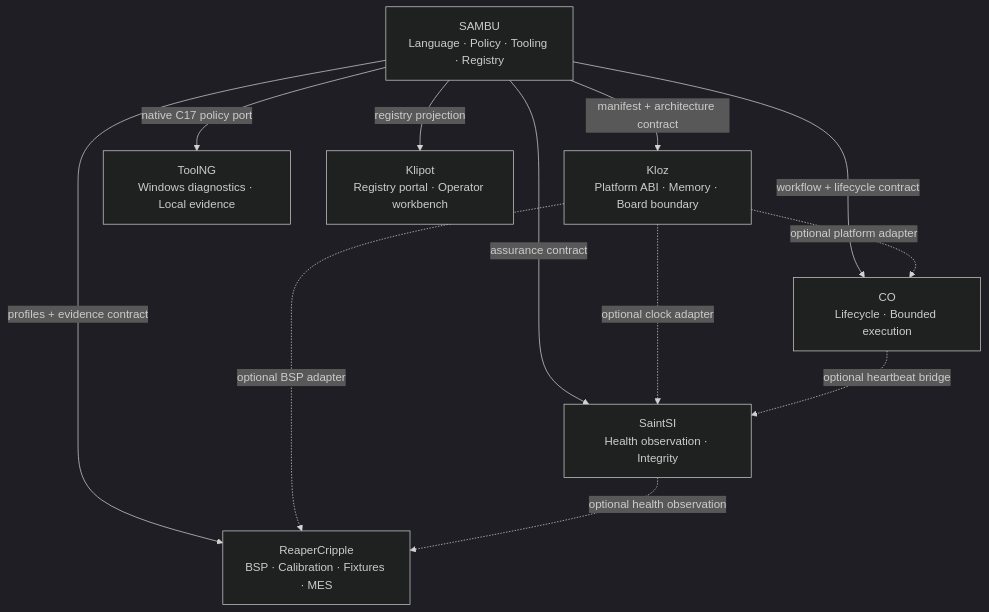
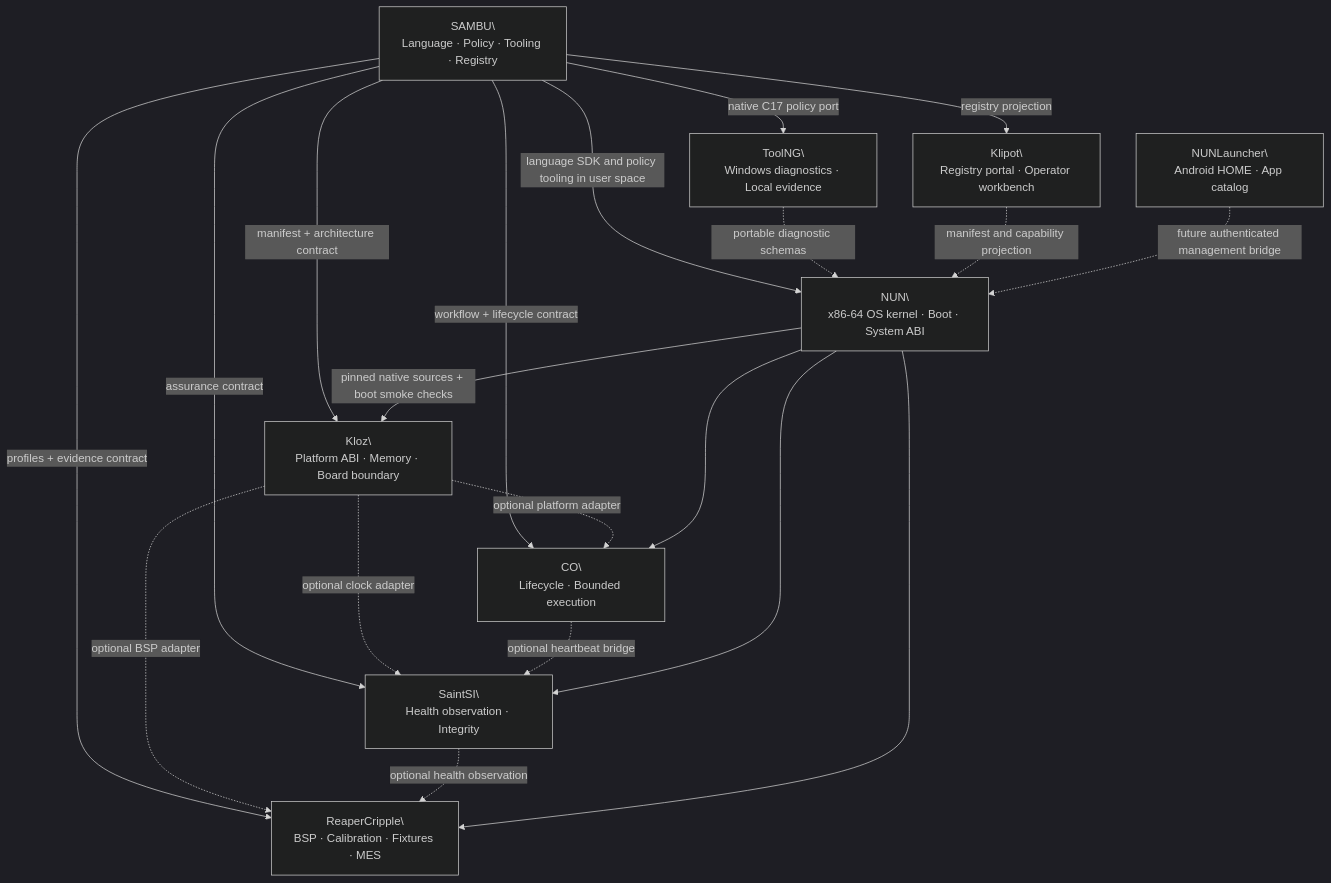
Before and after one commit to bboroski/SAMBU: the diagram in docs/ECOSYSTEM_ARCHITECTURE.md, drawn with Mermaid (dark theme). The commit also changed other lines of this file and 4 other files, not shown here.

Commit message:
Register NUN and NUNLauncher as independent platform modules

````diff
--- a/docs/ECOSYSTEM_ARCHITECTURE.md
+++ b/docs/ECOSYSTEM_ARCHITECTURE.md
@@ -17,22 +17,32 @@
 ```mermaid
 flowchart TB
-    SAMBU["SAMBU\nLanguage · Policy · Tooling · Registry"]
-    KLOZ["Kloz\nPlatform ABI · Memory · Board boundary"]
-    CO["CO\nLifecycle · Bounded execution"]
-    SAINT["SaintSI\nHealth observation · Integrity"]
-    REAPER["ReaperCripple\nBSP · Calibration · Fixtures · MES"]
-    TOOL["ToolNG\nWindows diagnostics · Local evidence"]
-    KLIPOT["Klipot\nRegistry portal · Operator workbench"]
+    SAMBU["SAMBU\\nLanguage · Policy · Tooling · Registry"]
+    KLOZ["Kloz\\nPlatform ABI · Memory · Board boundary"]
+    CO["CO\\nLifecycle · Bounded execution"]
+    SAINT["SaintSI\\nHealth observation · Integrity"]
+    REAPER["ReaperCripple\\nBSP · Calibration · Fixtures · MES"]
+    TOOL["ToolNG\\nWindows diagnostics · Local evidence"]
+    KLIPOT["Klipot\\nRegistry portal · Operator workbench"]
+    NUN["NUN\\nx86-64 OS kernel · Boot · System ABI"]
+    NUNL["NUNLauncher\\nAndroid HOME · App catalog"]
 
     SAMBU -->|"manifest + architecture contract"| KLOZ
     SAMBU -->|"workflow + lifecycle contract"| CO
     SAMBU -->|"assurance contract"| SAINT
     SAMBU -->|"profiles + evidence contract"| REAPER
     SAMBU -->|"native C17 policy port"| TOOL
     SAMBU -->|"registry projection"| KLIPOT
     KLOZ -. "optional platform adapter" .-> CO
     KLOZ -. "optional clock adapter" .-> SAINT
     KLOZ -. "optional BSP adapter" .-> REAPER
     CO -. "optional heartbeat bridge" .-> SAINT
     SAINT -. "optional health observation" .-> REAPER
+    NUN -->|"pinned native sources + boot smoke checks"| KLOZ
+    NUN --> CO
+    NUN --> SAINT
+    NUN --> REAPER
+    SAMBU -->|"language SDK and policy tooling in user space"| NUN
+    TOOL -. "portable diagnostic schemas" .-> NUN
+    KLIPOT -. "manifest and capability projection" .-> NUN
+    NUNL -. "future authenticated management bridge" .-> NUN
 ```
````
